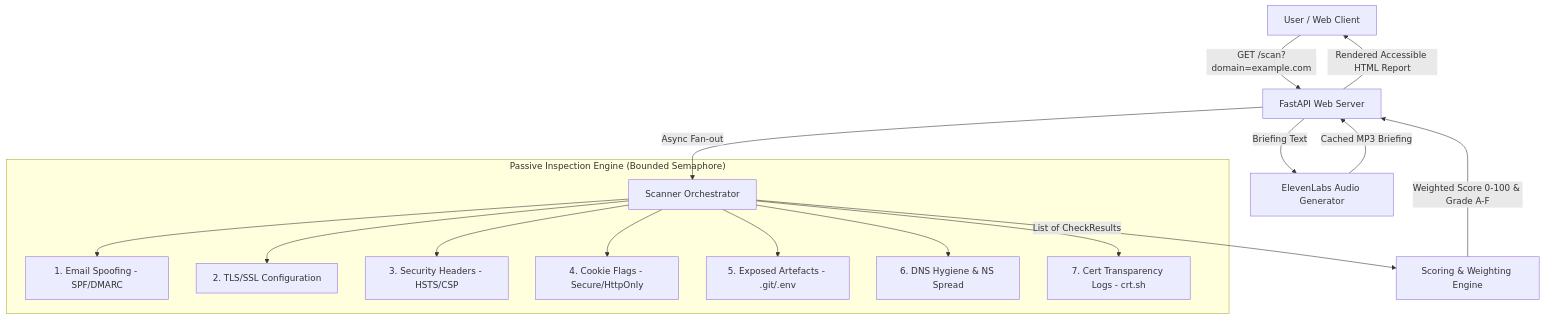
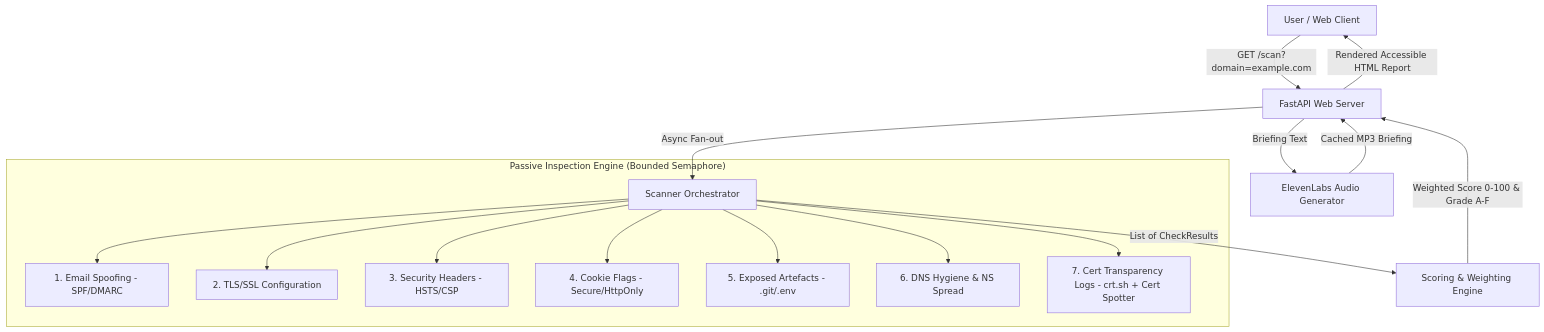
The diagram in README.md (maansjayden/netgrade), drawn with Mermaid before and after one commit. The commit also changed other lines of this file and 4 other files, not shown here.

````diff
--- a/README.md
+++ b/README.md
@@ -34,21 +34,21 @@
 ```mermaid
 graph TD
     A[User / Web Client] -->|GET /scan?domain=example.com| B[FastAPI Web Server]
     B -->|Async Fan-out| C[Scanner Orchestrator]
     
     subgraph "Passive Inspection Engine (Bounded Semaphore)"
         C --> D1[1. Email Spoofing - SPF/DMARC]
         C --> D2[2. TLS/SSL Configuration]
         C --> D3[3. Security Headers - HSTS/CSP]
         C --> D4[4. Cookie Flags - Secure/HttpOnly]
         C --> D5[5. Exposed Artefacts - .git/.env]
         C --> D6[6. DNS Hygiene & NS Spread]
-        C --> D7[7. Cert Transparency Logs - crt.sh]
+        C --> D7[7. Cert Transparency Logs - crt.sh + Cert Spotter]
     end
 
     C -->|List of CheckResults| E[Scoring & Weighting Engine]
     E -->|Weighted Score 0-100 & Grade A-F| B
     B -->|Briefing Text| F[ElevenLabs Audio Generator]
     F -->|Cached MP3 Briefing| B
     B -->|Rendered Accessible HTML Report| A
 ```
````
